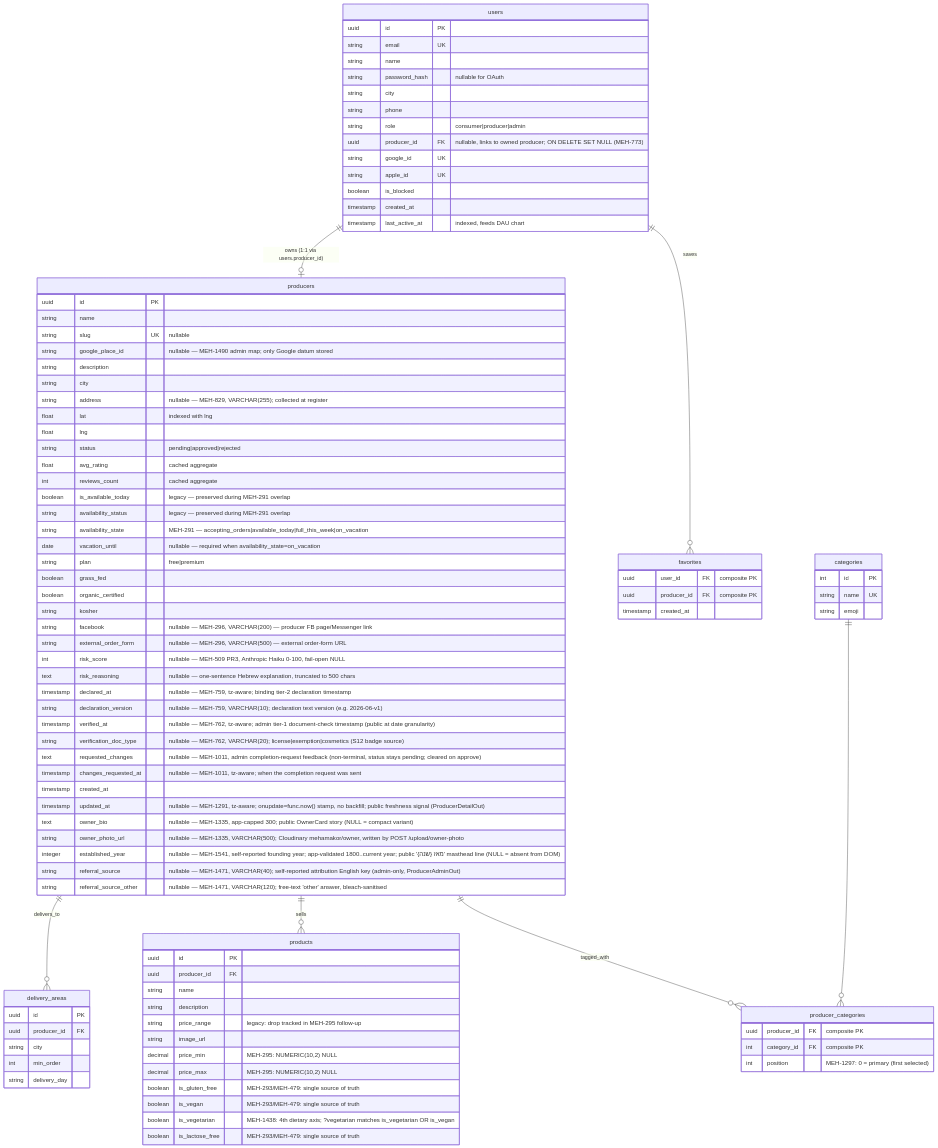
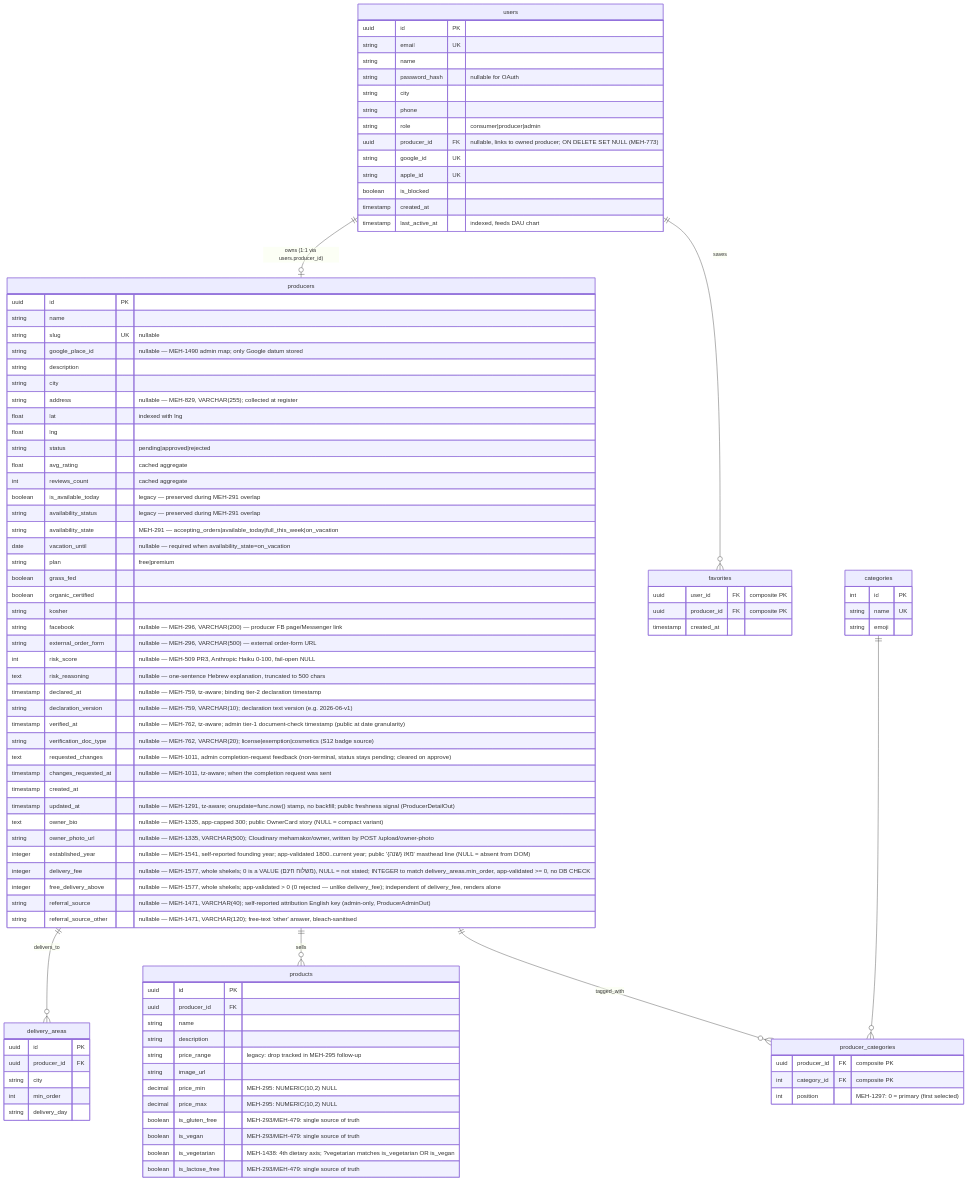
The first of 4 diagrams in .ai/diagrams/db-schema.md (levismadar80-ship-it/FoodMamkor), drawn with Mermaid before and after one commit. The commit also changed 22 other files, not shown here.

```diff
--- a/.ai/diagrams/db-schema.md
+++ b/.ai/diagrams/db-schema.md
@@ -73,6 +73,8 @@
         text owner_bio "nullable — MEH-1335, app-capped 300; public OwnerCard story (NULL = compact variant)"
         string owner_photo_url "nullable — MEH-1335, VARCHAR(500); Cloudinary mehamakor/owner, written by POST /upload/owner-photo"
         integer established_year "nullable — MEH-1541, self-reported founding year; app-validated 1800..current year; public 'מאז {שנה}' masthead line (NULL = absent from DOM)"
+        integer delivery_fee "nullable — MEH-1577, whole shekels; 0 is a VALUE (משלוח חינם), NULL = not stated; INTEGER to match delivery_areas.min_order, app-validated >= 0, no DB CHECK"
+        integer free_delivery_above "nullable — MEH-1577, whole shekels; app-validated > 0 (0 rejected — unlike delivery_fee); independent of delivery_fee, renders alone"
         string referral_source "nullable — MEH-1471, VARCHAR(40); self-reported attribution English key (admin-only, ProducerAdminOut)"
         string referral_source_other "nullable — MEH-1471, VARCHAR(120); free-text 'other' answer, bleach-sanitised"
     }
```
